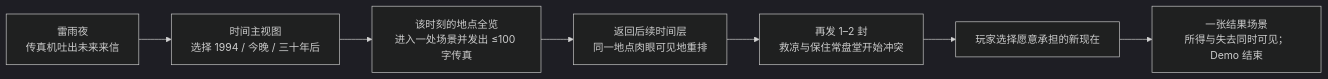
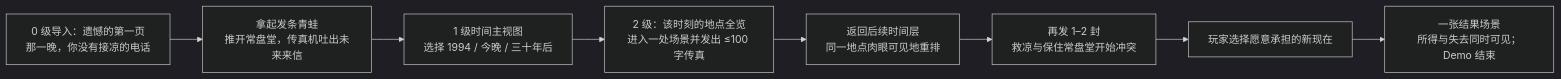
Before and after one commit to LudicDynamics/hackathon: the seventh of 9 diagrams in docs/doc-24-五世界可玩Demo体验设计.md, drawn with Mermaid (dark theme). The commit also changed other lines of this file and 2 other files, not shown here.

Commit message:
docs: 补齐零级导入与主视图层级

````diff
--- a/docs/doc-24-五世界可玩Demo体验设计.md
+++ b/docs/doc-24-五世界可玩Demo体验设计.md
@@ -279,9 +283,10 @@
 ```mermaid
 flowchart LR
-    A["雷雨夜<br/>传真机吐出未来来信"] --> B["时间主视图<br/>选择 1994 / 今晚 / 三十年后"]
-    B --> C["该时刻的地点全览<br/>进入一处场景并发出 ≤100 字传真"]
-    C --> D["返回后续时间层<br/>同一地点肉眼可见地重排"]
-    D --> E["再发 1–2 封<br/>救凉与保住常盘堂开始冲突"]
-    E --> F["玩家选择愿意承担的新现在"]
-    F --> G["一张结果场景<br/>所得与失去同时可见；Demo 结束"]
+    A["0 级导入：遗憾的第一页<br/>那一晚，你没有接凉的电话"] --> B["拿起发条青蛙<br/>推开常盘堂，传真机吐出未来来信"]
+    B --> C["1 级时间主视图<br/>选择 1994 / 今晚 / 三十年后"]
+    C --> D["2 级：该时刻的地点全览<br/>进入一处场景并发出 ≤100 字传真"]
+    D --> E["返回后续时间层<br/>同一地点肉眼可见地重排"]
+    E --> F["再发 1–2 封<br/>救凉与保住常盘堂开始冲突"]
+    F --> G["玩家选择愿意承担的新现在"]
+    G --> H["一张结果场景<br/>所得与失去同时可见；Demo 结束"]
 ```
````
